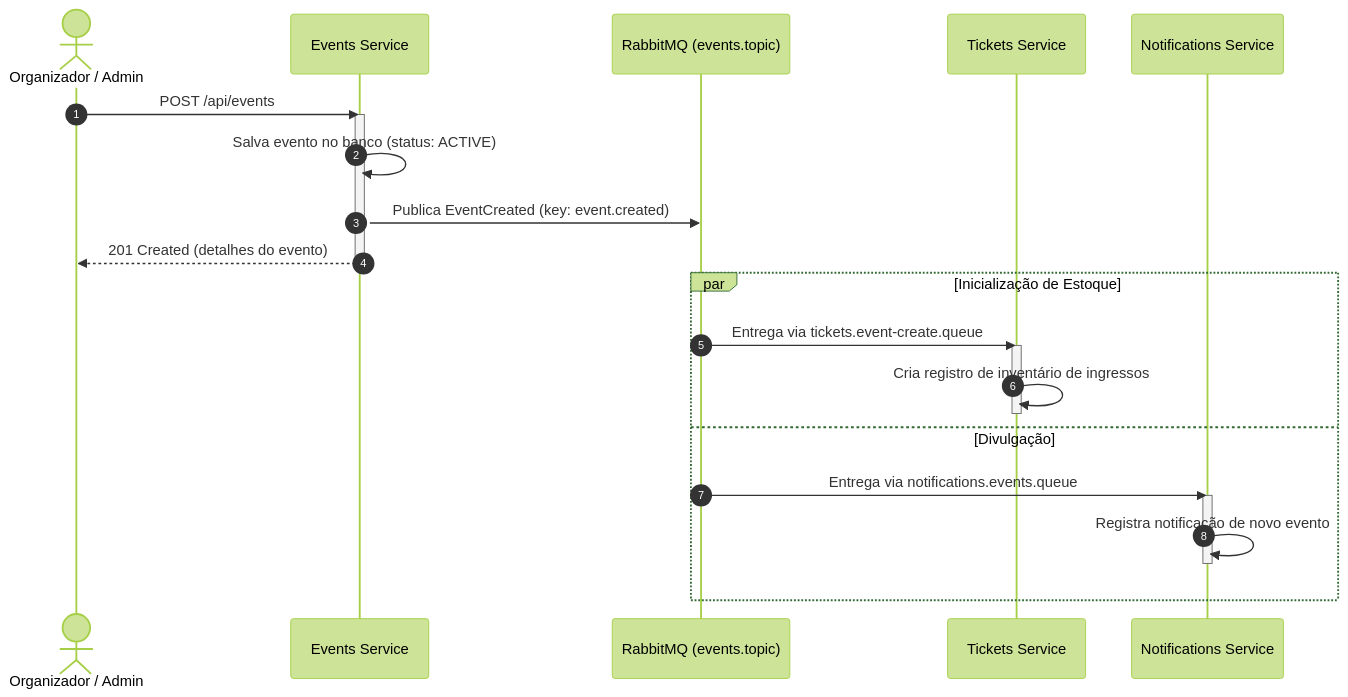
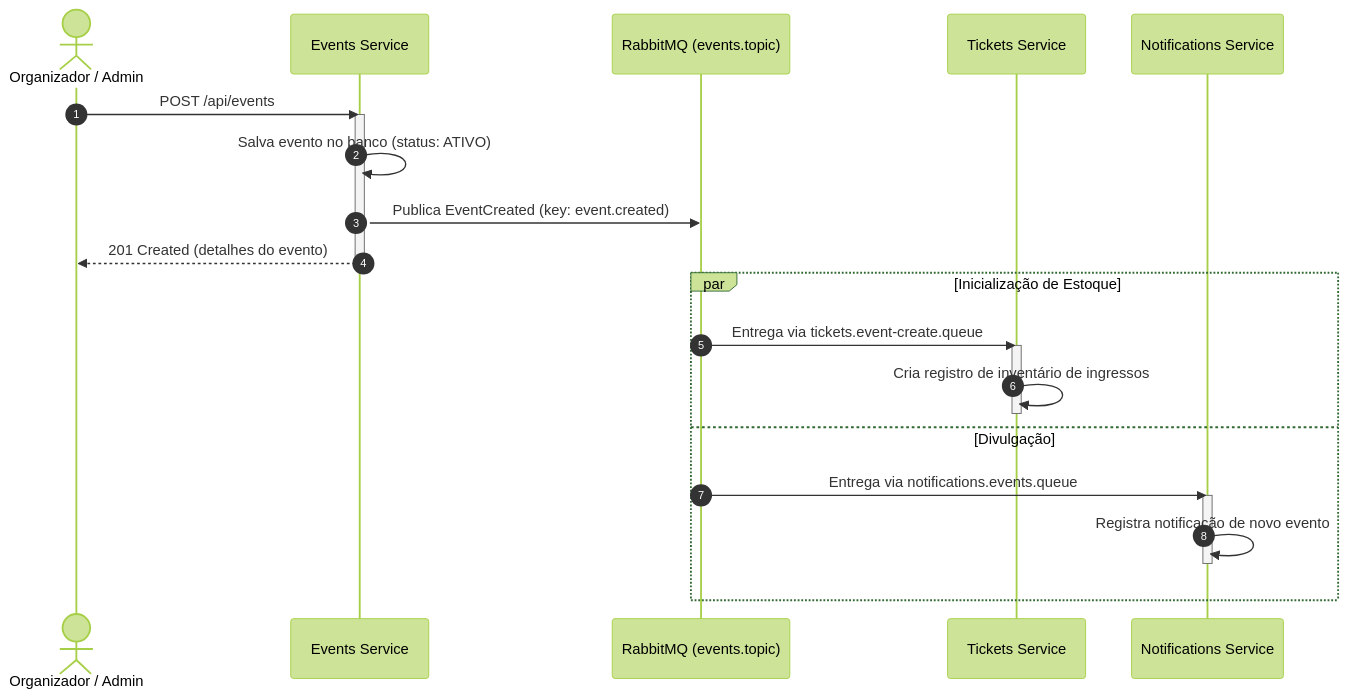
One commit to mathcolombo/eda-trabalho-eventos changed the second of 5 diagrams in documentation/architecture.md. Above: the diagram before and after it, drawn with Mermaid (forest theme). The commit also changed other lines of this file and 1 other file, not shown here.

````diff
--- a/documentation/architecture.md
+++ b/documentation/architecture.md
@@ -120,28 +166,29 @@
 ```mermaid
 sequenceDiagram
     autonumber
     actor Admin as Organizador / Admin
     participant Events as Events Service
     participant Rabbit as RabbitMQ (events.topic)
     participant Tickets as Tickets Service
     participant Notif as Notifications Service
 
     Admin->>Events: POST /api/events
     activate Events
-    Events->>Events: Salva evento no banco (status: ACTIVE)
+    Events->>Events: Salva evento no banco (status: ATIVO)
     Events->>Rabbit: Publica EventCreated (key: event.created)
     Events-->>Admin: 201 Created (detalhes do evento)
     deactivate Events
 
     par Inicialização de Estoque
         Rabbit->>Tickets: Entrega via tickets.event-create.queue
         activate Tickets
         Tickets->>Tickets: Cria registro de inventário de ingressos
         deactivate Tickets
     and Divulgação
         Rabbit->>Notif: Entrega via notifications.events.queue
         activate Notif
         Notif->>Notif: Registra notificação de novo evento
         deactivate Notif
     end
+
 ```
````
